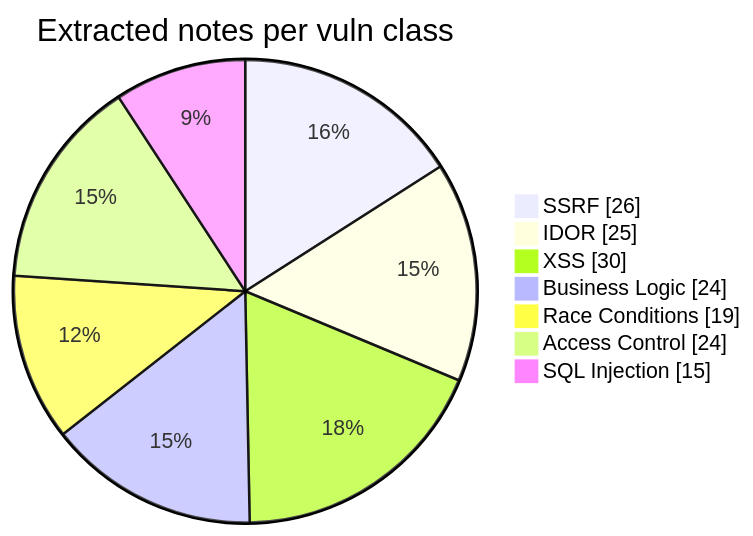
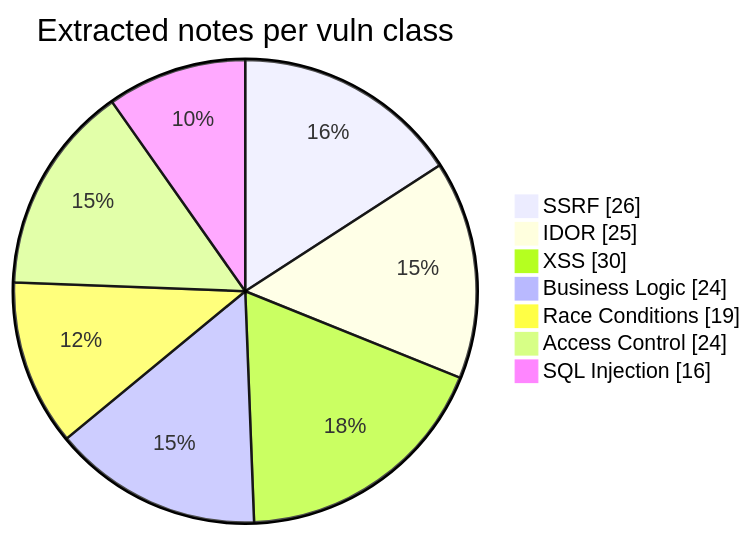
Before and after one commit to AmanJ24/claude-bountycraft-skills: the second of 3 diagrams in README.md, drawn with Mermaid. The commit also changed other lines of this file and 7 other files, not shown here.

````diff
--- a/README.md
+++ b/README.md
@@ -79,11 +79,11 @@
 ```mermaid
 pie showData
     title Extracted notes per vuln class
     "SSRF" : 26
     "IDOR" : 25
     "XSS" : 30
     "Business Logic" : 24
     "Race Conditions" : 19
     "Access Control" : 24
-    "SQL Injection" : 15
+    "SQL Injection" : 16
 ```
````
